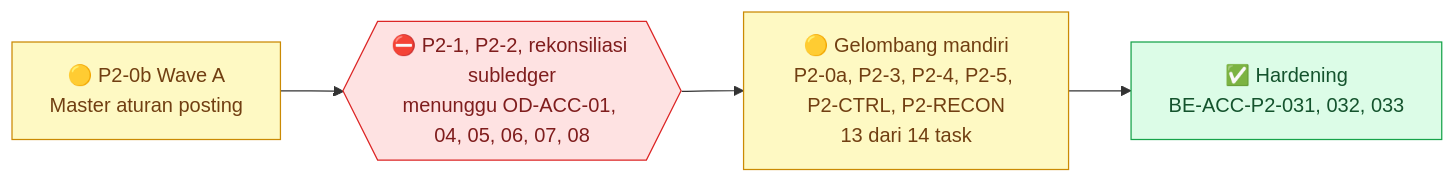
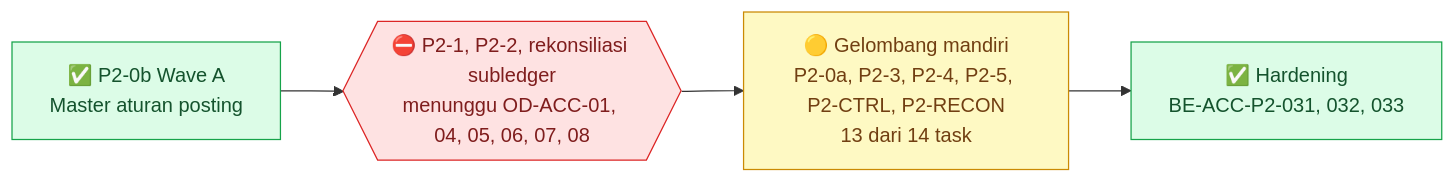
One commit to DevBenari/NewQuilvianSystemBackend changed the first of 3 diagrams in docs/module-blueprints/accounting/roadmap/backend-roadmap-phase2.md. Above: the diagram before and after it, drawn with Mermaid. The commit also changed other lines of this file and 3 other files, not shown here.

````diff
--- a/docs/module-blueprints/accounting/roadmap/backend-roadmap-phase2.md
+++ b/docs/module-blueprints/accounting/roadmap/backend-roadmap-phase2.md
@@ -42,17 +42,17 @@
 ```mermaid
 flowchart LR
     classDef selesai fill:#DCFCE7,stroke:#16A34A,color:#14532D
     classDef sebagian fill:#FEF9C3,stroke:#CA8A04,color:#713F12
     classDef terblokir fill:#FEE2E2,stroke:#DC2626,color:#7F1D1D
     classDef belum fill:#F1F5F9,stroke:#64748B,color:#0F172A
     classDef luar fill:#EDE9FE,stroke:#7C3AED,color:#3B0764
 
     SMANDIRI["🟡 Gelombang mandiri<br/>P2-0a, P2-3, P2-4, P2-5, P2-CTRL, P2-RECON<br/>13 dari 14 task"]:::sebagian
     SHARD["✅ Hardening<br/>BE-ACC-P2-031, 032, 033"]:::selesai
-    SP20B["🟡 P2-0b Wave A<br/>Master aturan posting"]:::sebagian
+    SP20B["✅ P2-0b Wave A<br/>Master aturan posting"]:::selesai
     GP21{{"⛔ P2-1, P2-2, rekonsiliasi subledger<br/>menunggu OD-ACC-01, 04, 05, 06, 07, 08"}}:::terblokir
 
     SMANDIRI --> SHARD
     SP20B --> GP21
     GP21 --> SMANDIRI
 ```
````
